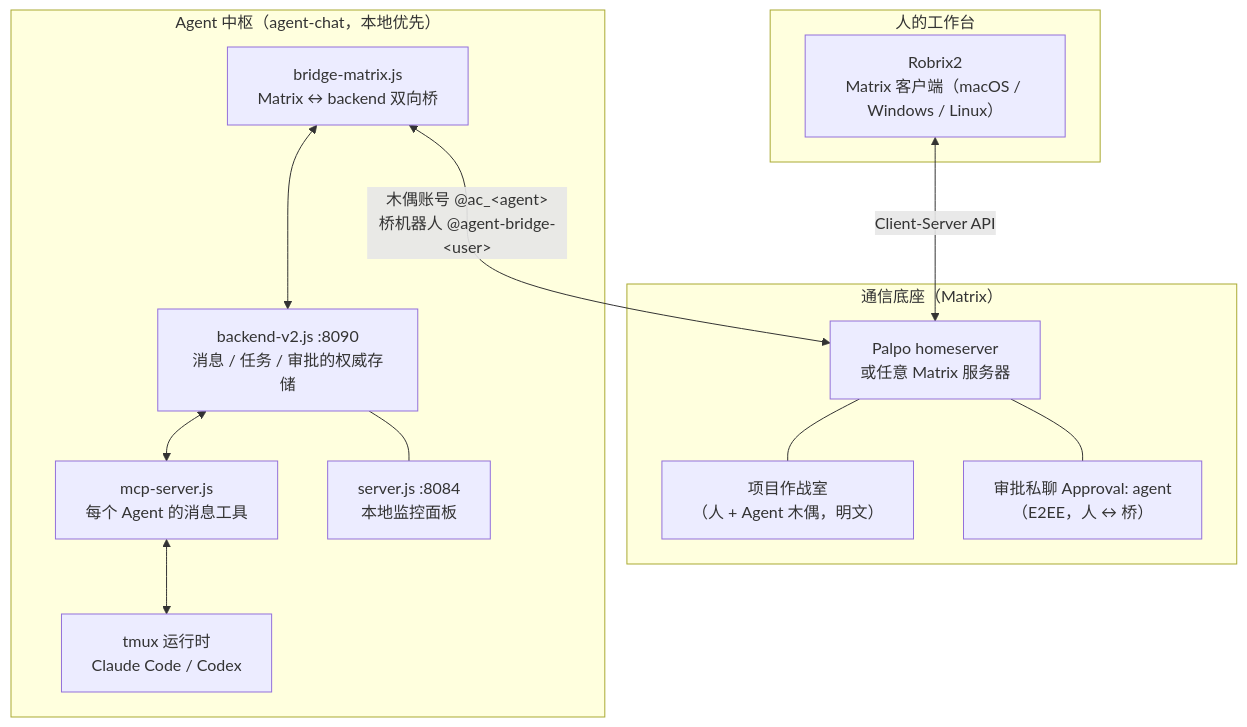
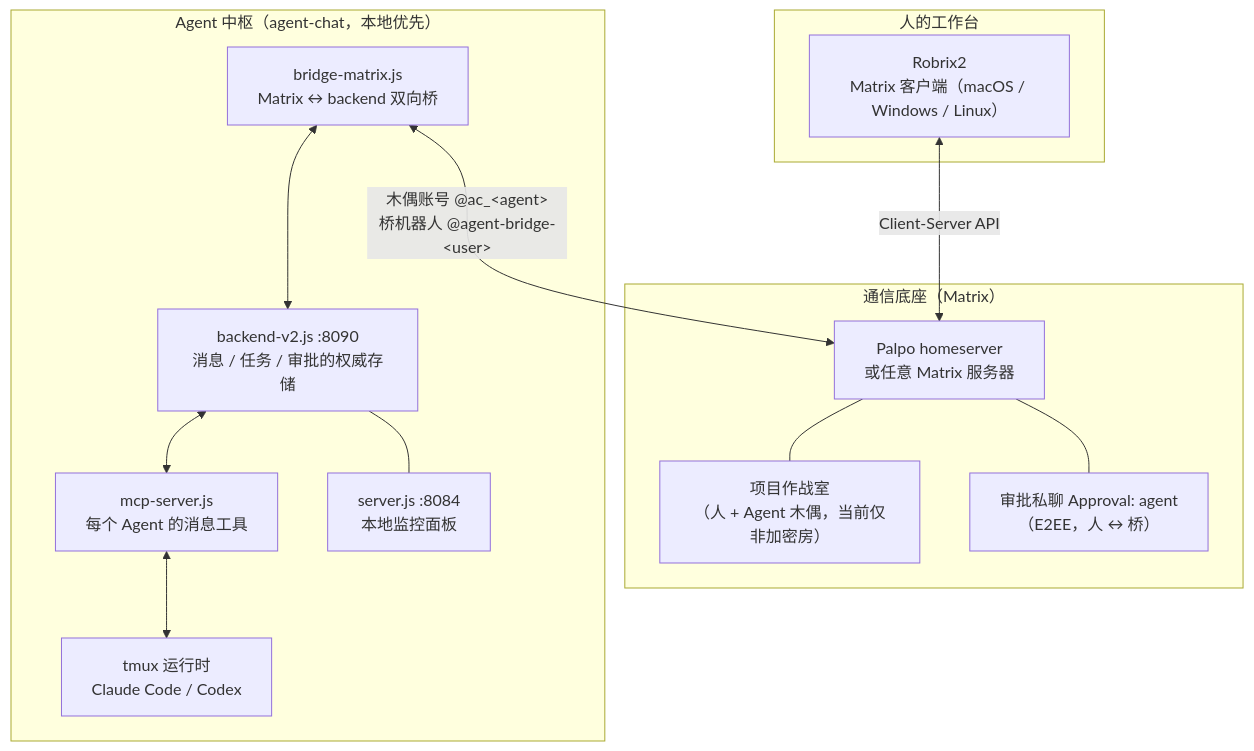
The diagram in book/zh/src/part2/concept.md (Project-Robius-China/robrix2), drawn with Mermaid before and after one commit. The commit also changed other lines of this file and 42 other files, not shown here.

````diff
--- a/book/zh/src/part2/concept.md
+++ b/book/zh/src/part2/concept.md
@@ -20,29 +20,29 @@
 ```mermaid
 flowchart TB
     subgraph human["人的工作台"]
         R["Robrix2<br/>Matrix 客户端（macOS / Windows / Linux）"]
     end
 
     subgraph matrix["通信底座（Matrix）"]
         P["Palpo homeserver<br/>或任意 Matrix 服务器"]
-        room["项目作战室<br/>（人 + Agent 木偶，明文）"]
+        room["项目作战室<br/>（人 + Agent 木偶，当前仅非加密房）"]
         appr["审批私聊 Approval: agent<br/>（E2EE，人 ↔ 桥）"]
         P --- room
         P --- appr
     end
 
     subgraph ac["Agent 中枢（agent-chat，本地优先）"]
         BR["bridge-matrix.js<br/>Matrix ↔ backend 双向桥"]
         BE["backend-v2.js :8090<br/>消息 / 任务 / 审批的权威存储"]
         MCP["mcp-server.js<br/>每个 Agent 的消息工具"]
         TMUX["tmux 运行时<br/>Claude Code / Codex"]
         DASH["server.js :8084<br/>本地监控面板"]
         BR <--> BE
         BE <--> MCP
         MCP <--> TMUX
         BE --- DASH
     end
 
     R <-->|Client-Server API| P
     BR <-->|"木偶账号 @ac_&lt;agent&gt;<br/>桥机器人 @agent-bridge-&lt;user&gt;"| P
 ```
````
